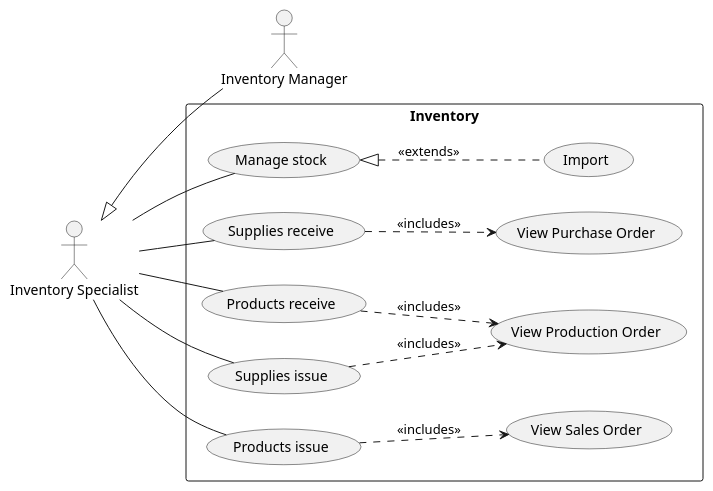
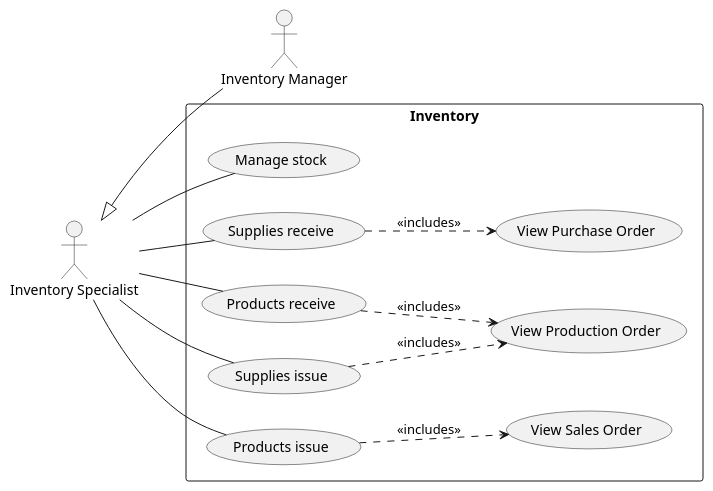
Before and after one commit to phihungha/scmss-reqs: the diagram in use-cases/inventory.plantuml, drawn with PlantUML. The commit also changed 7 other files, not shown here.

```diff
--- a/use-cases/inventory.plantuml
+++ b/use-cases/inventory.plantuml
@@ -1,22 +1,21 @@
 @startuml inventory
 left to right direction
 
 :Inventory Manager: as im
 :Inventory Specialist: as is
 is <|-- im
 
 rectangle Inventory {
     is -- (Manage stock)
-    (Manage stock) <|.. (Import) : <<extends>>
 
     is -- (Supplies receive)
     (Supplies receive) ..> (View Purchase Order) : <<includes>>
     is -- (Products receive)
     (Products receive) ..> (View Production Order) : <<includes>>
 
     is -- (Supplies issue)
     (Supplies issue) ..> (View Production Order) : <<includes>>
     is -- (Products issue)
     (Products issue) ..> (View Sales Order) : <<includes>>
 }
 @enduml
```
